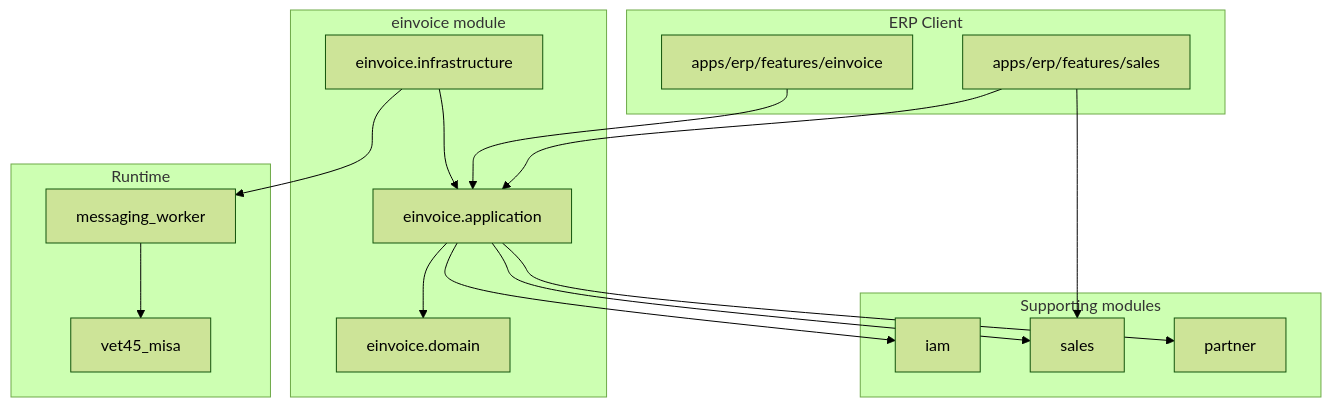
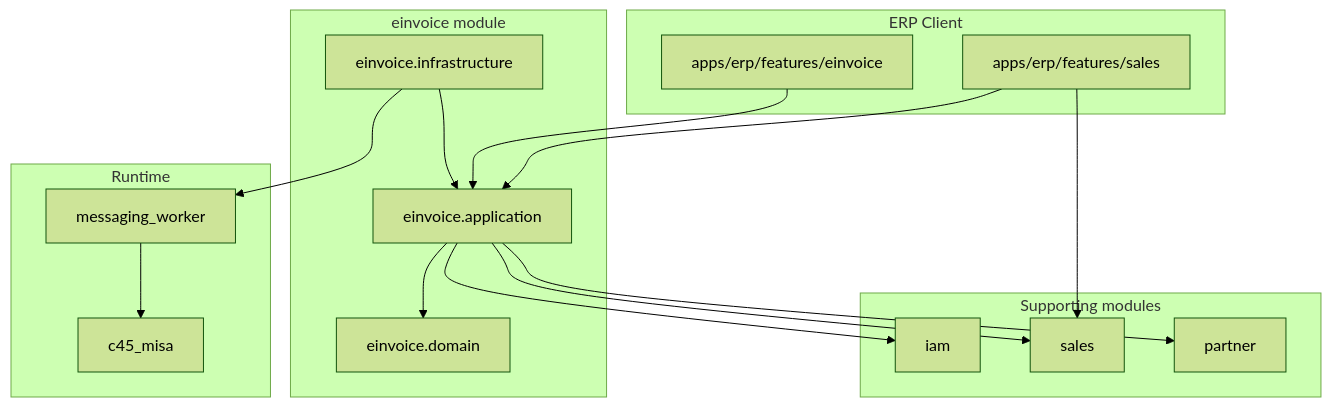
One commit to DsChien102/erp-sales-inventory changed the diagram in docs/themes/TH-08-e-invoice/harness/02-module-map.md. Above: the diagram before and after it, drawn with Mermaid (forest theme). The commit also changed other lines of this file and 2135 other files, not shown here.

````diff
--- a/docs/themes/TH-08-e-invoice/harness/02-module-map.md
+++ b/docs/themes/TH-08-e-invoice/harness/02-module-map.md
@@ -18,35 +18,35 @@
 ```mermaid
 flowchart TB
   subgraph erp [ERP Client]
     SalesUI["apps/erp/features/sales"]
     EInvoiceUI["apps/erp/features/einvoice"]
   end
 
   subgraph owner [einvoice module]
     EApp["einvoice.application"]
     EDom["einvoice.domain"]
     EInfra["einvoice.infrastructure"]
   end
 
   subgraph supporting [Supporting modules]
     IAM["iam"]
     Sales["sales"]
     Partner["partner"]
   end
 
   subgraph runtime [Runtime]
     Worker["messaging_worker"]
-    Misa["vet45_misa"]
+    Misa["c45_misa"]
   end
 
   SalesUI --> Sales
   SalesUI --> EApp
   EInvoiceUI --> EApp
   EApp --> EDom
   EInfra --> EApp
   EInfra --> Worker
   Worker --> Misa
   EApp --> IAM
   EApp --> Sales
   EApp --> Partner
 ```
````
